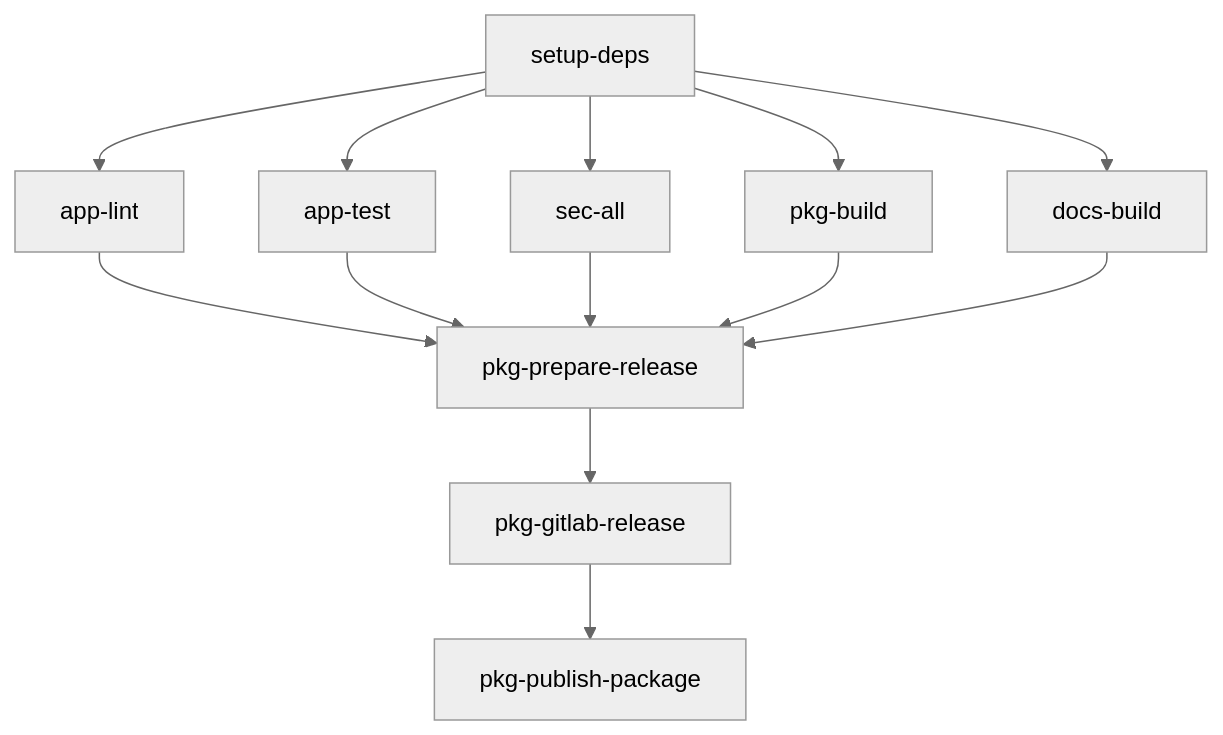
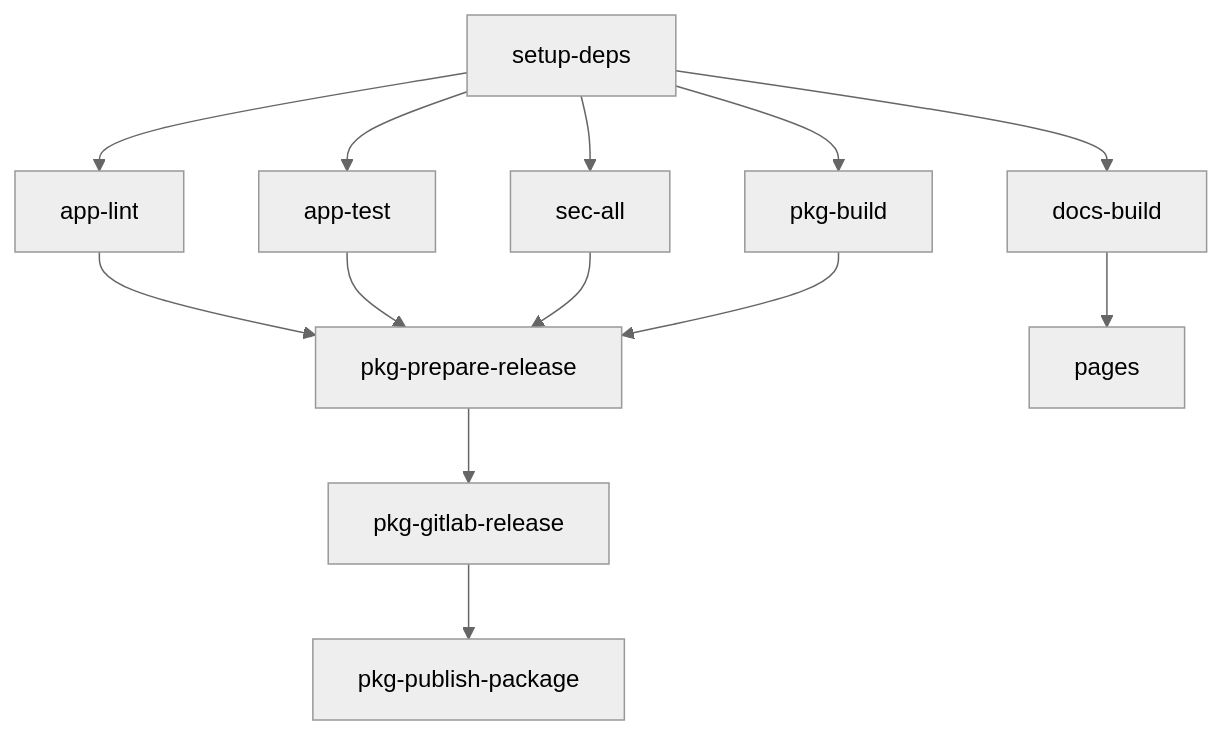
The second of 3 diagrams in DEVELOPMENT.md (waewoo/prompt-unifier), drawn with Mermaid (neutral theme) before and after one commit. The commit also changed other lines of this file and 1 other file, not shown here.

````diff
--- a/DEVELOPMENT.md
+++ b/DEVELOPMENT.md
@@ -265,17 +264,18 @@
 ```mermaid
 graph TD
     setup_deps[setup-deps] --> app_lint[app-lint]
     setup_deps --> app_test[app-test]
     setup_deps --> sec_all[sec-all]
     setup_deps --> pkg_build[pkg-build]
     setup_deps --> docs_build[docs-build]
 
-    app_lint --> pkg_ci_bump
-    app_test --> pkg_ci_bump
-    sec_all --> pkg_ci_bump
-    pkg_build --> pkg_ci_bump
-    docs_build --> pkg_ci_bump
+    app_lint --> pkg_prepare_release
+    app_test --> pkg_prepare_release
+    sec_all --> pkg_prepare_release
+    pkg_build --> pkg_prepare_release
 
-    pkg_ci_bump[pkg-prepare-release] --> pkg_gitlab_release[pkg-gitlab-release]
+    docs_build --> pages[pages]
+
+    pkg_prepare_release[pkg-prepare-release] --> pkg_gitlab_release[pkg-gitlab-release]
     pkg_gitlab_release --> pkg_upload[pkg-publish-package]
 ```
````
